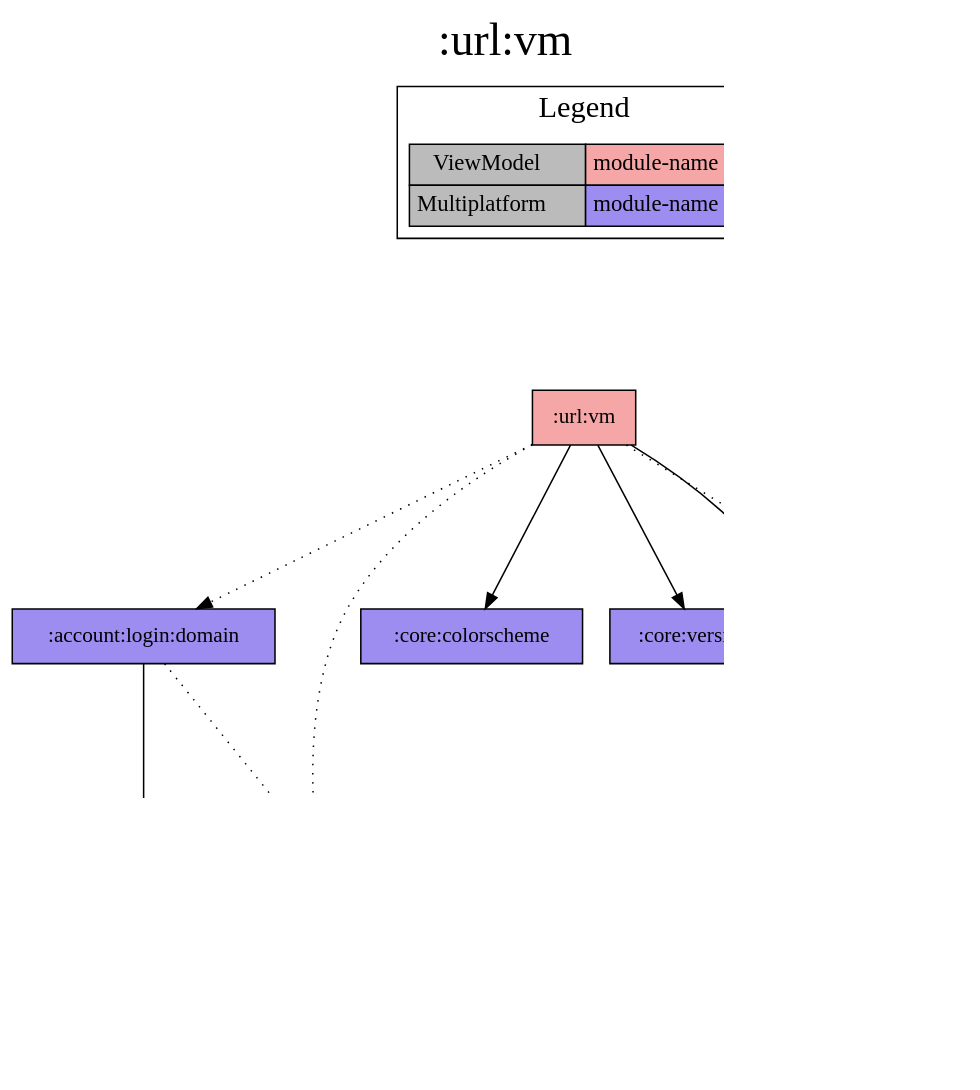
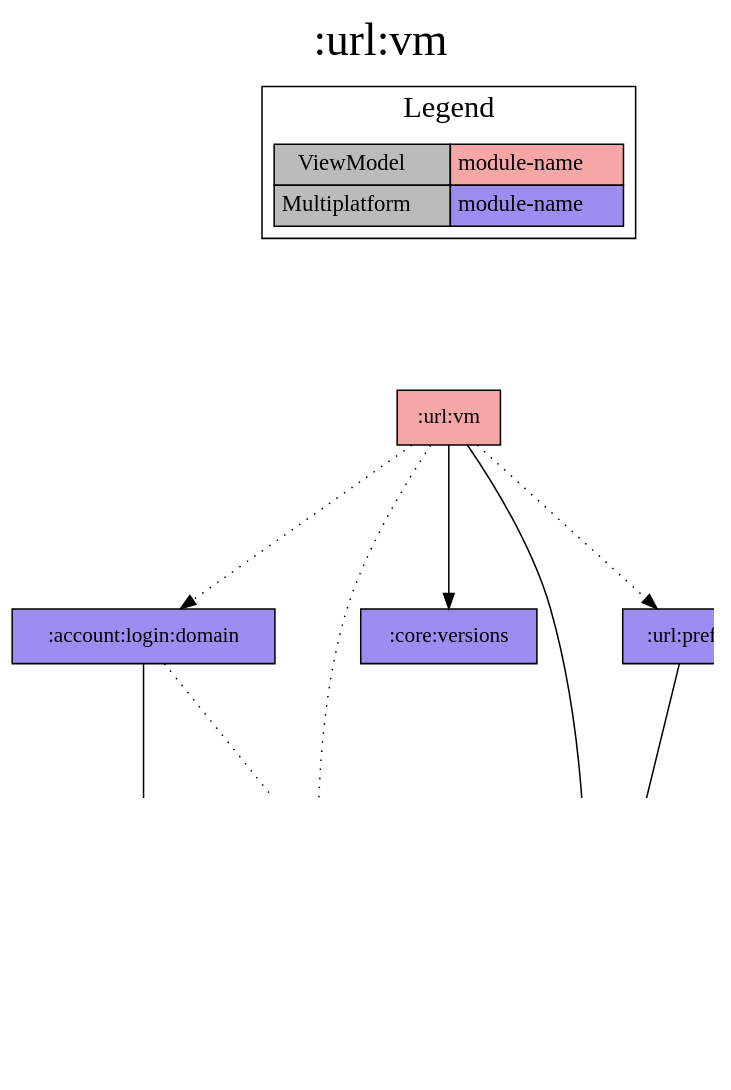
The diagram in modules/url/vm/project-dependency-graph.dot (jonapoul/aktual), drawn with Graphviz before and after one commit. The commit also changed 35 other files, not shown here.

```diff
--- a/modules/url/vm/project-dependency-graph.dot
+++ b/modules/url/vm/project-dependency-graph.dot
@@ -1,40 +1,38 @@
 digraph {
 edge ["dir"="forward"]
 graph ["dpi"="100","label"=":url:vm","labelloc"="t","fontsize"="30","ranksep"="1.5","rankdir"="TB"]
 node ["style"="filled"]
 ":account:login:domain" ["fillcolor"="#9D8DF1","shape"="box"]
 ":account:model" ["fillcolor"="#9D8DF1","shape"="box"]
 ":api:actual" ["fillcolor"="#9D8DF1","shape"="box"]
 ":budget:model" ["fillcolor"="#9D8DF1","shape"="box"]
-":core:colorscheme" ["fillcolor"="#9D8DF1","shape"="box"]
 ":core:versions" ["fillcolor"="#9D8DF1","shape"="box"]
 ":url:model" ["fillcolor"="#9D8DF1","shape"="box"]
 ":url:prefs" ["fillcolor"="#9D8DF1","shape"="box"]
 ":url:vm" ["fillcolor"="#F5A6A6","shape"="box"]
 {
 edge ["dir"="none"]
 graph ["rank"="same"]
 }
 ":account:login:domain" -> ":account:model"
 ":account:login:domain" -> ":api:actual" ["style"="dotted"]
 ":api:actual" -> ":account:model"
 ":api:actual" -> ":budget:model"
 ":api:actual" -> ":url:model"
 ":url:prefs" -> ":url:model"
 ":url:vm" -> ":account:login:domain" ["style"="dotted"]
 ":url:vm" -> ":api:actual" ["style"="dotted"]
-":url:vm" -> ":core:colorscheme"
 ":url:vm" -> ":core:versions"
 ":url:vm" -> ":url:model"
 ":url:vm" -> ":url:prefs" ["style"="dotted"]
 subgraph "cluster_legend" {
 edge ["dir"="none"]
 graph ["label"="Legend","fontsize"="20"]
 "Legend" ["style"="filled","fillcolor"="#bbbbbb","shape"="none","margin"="0","fontsize"="15","label"=<
 <TABLE BORDER="0" CELLBORDER="1" CELLSPACING="0" CELLPADDING="4">
 <TR><TD>ViewModel</TD><TD BGCOLOR="#F5A6A6">module-name</TD></TR>
 <TR><TD>Multiplatform</TD><TD BGCOLOR="#9D8DF1">module-name</TD></TR>
 </TABLE>
 >]
 } -> ":url:vm" ["style"="invis"]
 }
```
